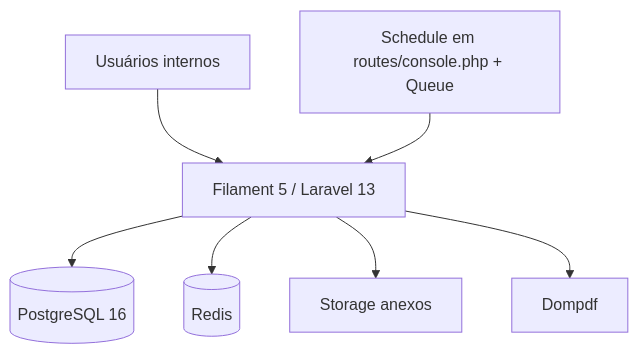
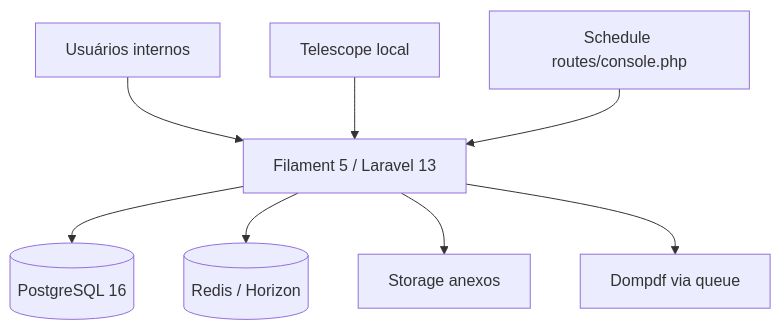
The first of 5 diagrams in docs/spec.md (carlossong/cursor-erp), drawn with Mermaid before and after one commit. The commit also changed other lines of this file and 2 other files, not shown here.

````diff
--- a/docs/spec.md
+++ b/docs/spec.md
@@ -44,9 +53,10 @@
 ```mermaid
 flowchart TB
   U[Usuários internos] --> F[Filament 5 / Laravel 13]
   F --> DB[(PostgreSQL 16)]
-  F --> R[(Redis)]
+  F --> R[(Redis / Horizon)]
   F --> S[Storage anexos]
-  F --> PDF[Dompdf]
-  J[Schedule em routes/console.php + Queue] --> F
+  F --> PDF[Dompdf via queue]
+  T[Telescope local] --> F
+  J[Schedule routes/console.php] --> F
 ```
````
